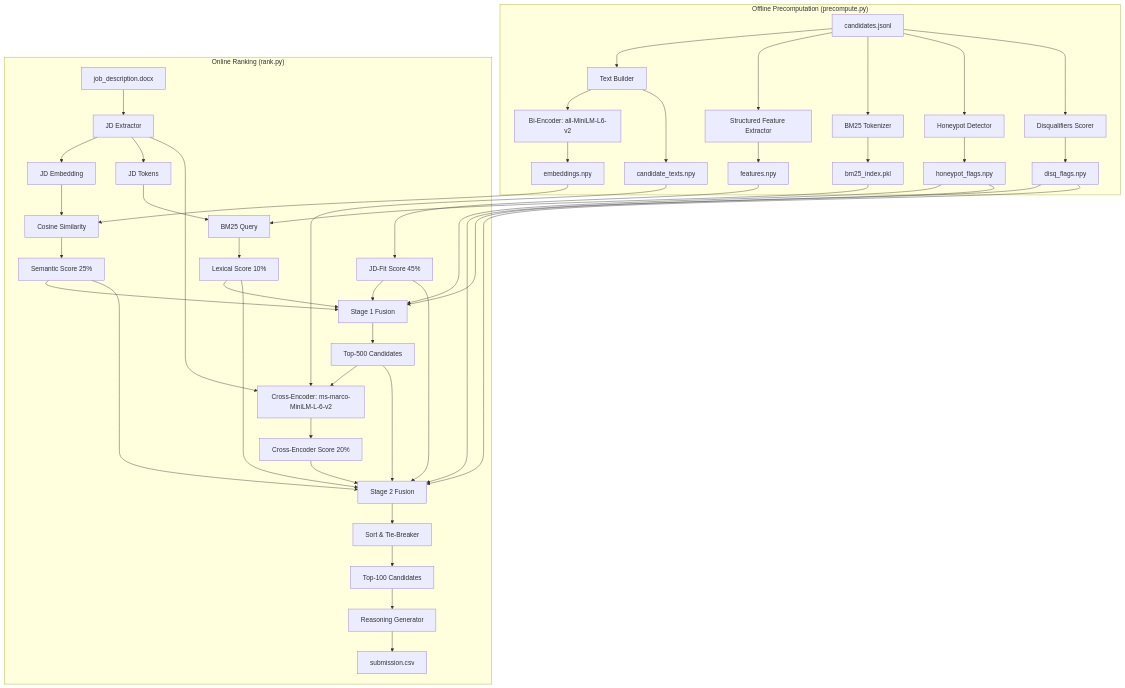
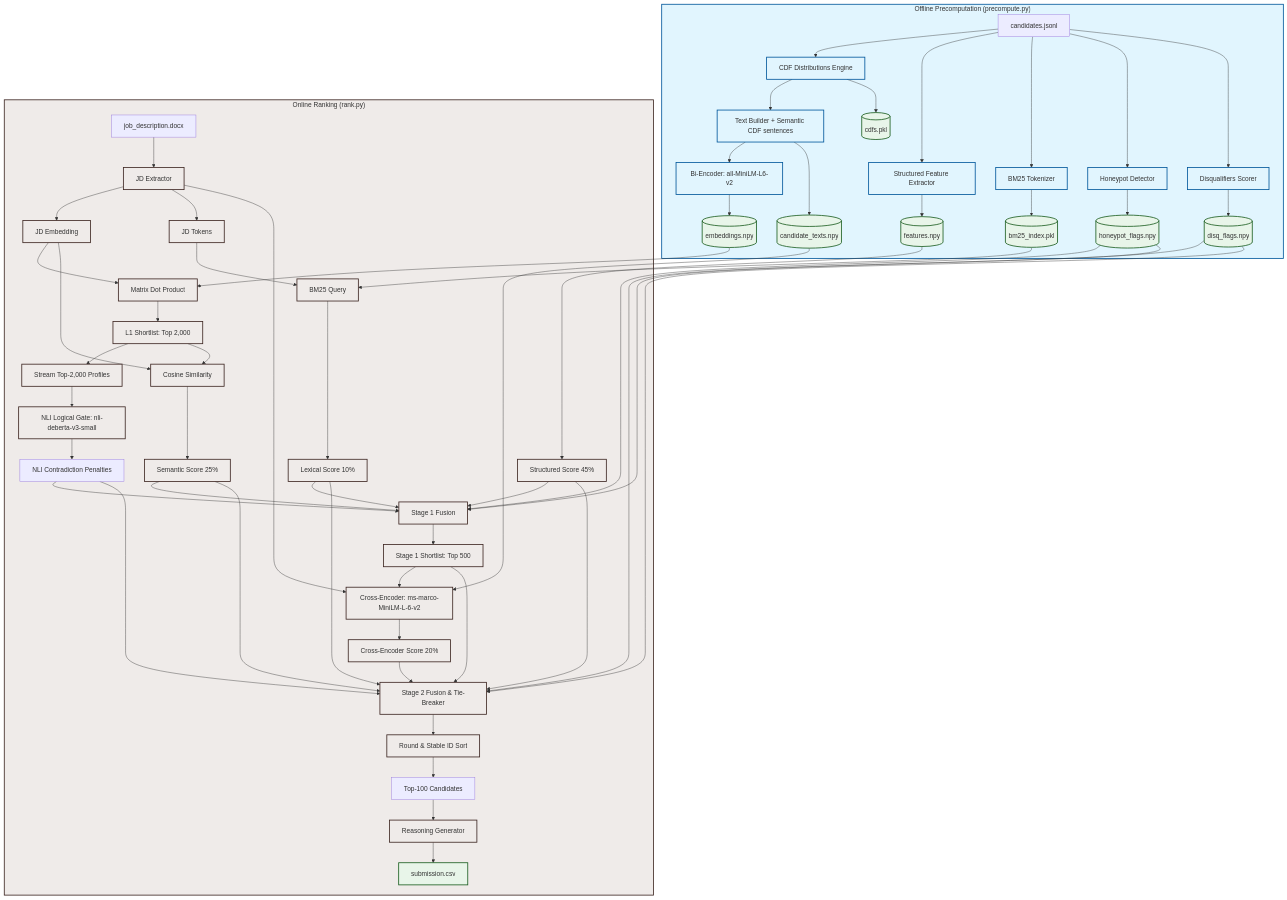
Before and after one commit to Adityakeerti/resumeRankerAi: the diagram in solution.md, drawn with Mermaid. The commit also changed other lines of this file and 8 other files, not shown here.

Commit message:
Implement NLI & CDF Hybrid Pipeline with Tie-Breaker Fix

````diff
--- a/solution.md
+++ b/solution.md
@@ -10,20 +10,28 @@
 ```mermaid
 graph TD
+    %% Styling
+    classDef offline fill:#e1f5fe,stroke:#01579b,stroke-width:2px;
+    classDef online fill:#efebe9,stroke:#3e2723,stroke-width:2px;
+    classDef data fill:#e8f5e9,stroke:#1b5e20,stroke-width:2px;
+    
     %% Offline Precomputation
     subgraph Offline ["Offline Precomputation (precompute.py)"]
-        Candidates[candidates.jsonl] --> TextB[Text Builder]
+        Candidates[candidates.jsonl] --> CDFComp[CDF Distributions Engine]
         Candidates --> StructFE[Structured Feature Extractor]
         Candidates --> BM25T[BM25 Tokenizer]
         Candidates --> HPDet[Honeypot Detector]
         Candidates --> DisqDet[Disqualifiers Scorer]
         
+        CDFComp --> TextB[Text Builder + Semantic CDF sentences]
         TextB --> BiEnc[Bi-Encoder: all-MiniLM-L6-v2]
-        BiEnc --> Embs[embeddings.npy]
-        StructFE --> Feats[features.npy]
-        BM25T --> BM25Idx[bm25_index.pkl]
-        HPDet --> HPFlags[honeypot_flags.npy]
-        DisqDet --> DisqFlags[disq_flags.npy]
-        TextB --> TextCache[candidate_texts.npy]
+        
+        BiEnc --> Embs[(embeddings.npy)]
+        StructFE --> Feats[(features.npy)]
+        BM25T --> BM25Idx[(bm25_index.pkl)]
+        HPDet --> HPFlags[(honeypot_flags.npy)]
+        DisqDet --> DisqFlags[(disq_flags.npy)]
+        CDFComp --> CDFPickle[(cdfs.pkl)]
+        TextB --> TextCache[(candidate_texts.npy)]
     end
 
     %% Online Ranking
@@ -32,7 +40,18 @@
         JDExt --> JDEmb[JD Embedding]
         JDExt --> JDTok[JD Tokens]
 
-        Embs --> CosSim[Cosine Similarity]
+        %% L1 Shortlist
+        Embs --> L1Dot[Matrix Dot Product]
+        JDEmb --> L1Dot
+        L1Dot --> L1Filter[L1 Shortlist: Top 2,000]
+
+        %% NLI Gate
+        L1Filter --> NLILoad[Stream Top-2,000 Profiles]
+        NLILoad --> NLIGate[NLI Logical Gate: nli-deberta-v3-small]
+        NLIGate --> NLIPen[NLI Contradiction Penalties]
+
+        %% Scoring on Top-2,000
+        L1Filter --> CosSim[Cosine Similarity]
         JDEmb --> CosSim
         CosSim --> SemScore[Semantic Score 25%]
 
@@ -40,32 +59,41 @@
         JDTok --> BM25Q
         BM25Q --> LexScore[Lexical Score 10%]
 
-        Feats --> StructSc[JD-Fit Score 45%]
+        Feats --> StructSc[Structured Score 45%]
         
+        %% Stage 1 Fusion
         SemScore --> Fusion1[Stage 1 Fusion]
         LexScore --> Fusion1
         StructSc --> Fusion1
         HPFlags --> Fusion1
         DisqFlags --> Fusion1
+        NLIPen --> Fusion1
 
-        Fusion1 --> Top500[Top-500 Candidates]
+        Fusion1 --> Top500[Stage 1 Shortlist: Top 500]
         
+        %% Stage 2 Fusion
         Top500 --> CE[Cross-Encoder: ms-marco-MiniLM-L-6-v2]
         TextCache --> CE
         JDExt --> CE
         CE --> CEScore[Cross-Encoder Score 20%]
 
-        Top500 --> Fusion2[Stage 2 Fusion]
+        Top500 --> Fusion2[Stage 2 Fusion & Tie-Breaker]
         CEScore --> Fusion2
         SemScore --> Fusion2
         LexScore --> Fusion2
         StructSc --> Fusion2
         HPFlags --> Fusion2
         DisqFlags --> Fusion2
+        NLIPen --> Fusion2
 
-        Fusion2 --> FinalSort[Sort & Tie-Breaker]
+        Fusion2 --> FinalSort[Round & Stable ID Sort]
         FinalSort --> Top100[Top-100 Candidates]
         Top100 --> Reason[Reasoning Generator]
         Reason --> Submission[submission.csv]
     end
+
+    %% Apply Classes
+    class Offline,TextB,BiEnc,StructFE,BM25T,HPDet,DisqDet,CDFComp offline;
+    class Online,JDExt,JDEmb,JDTok,L1Dot,L1Filter,NLILoad,NLIGate,CosSim,BM25Q,SemScore,LexScore,StructSc,Fusion1,Top500,CE,CEScore,Fusion2,FinalSort,Reason online;
+    class Embs,Feats,BM25Idx,HPFlags,DisqFlags,CDFPickle,TextCache,Submission data;
 ```
````
